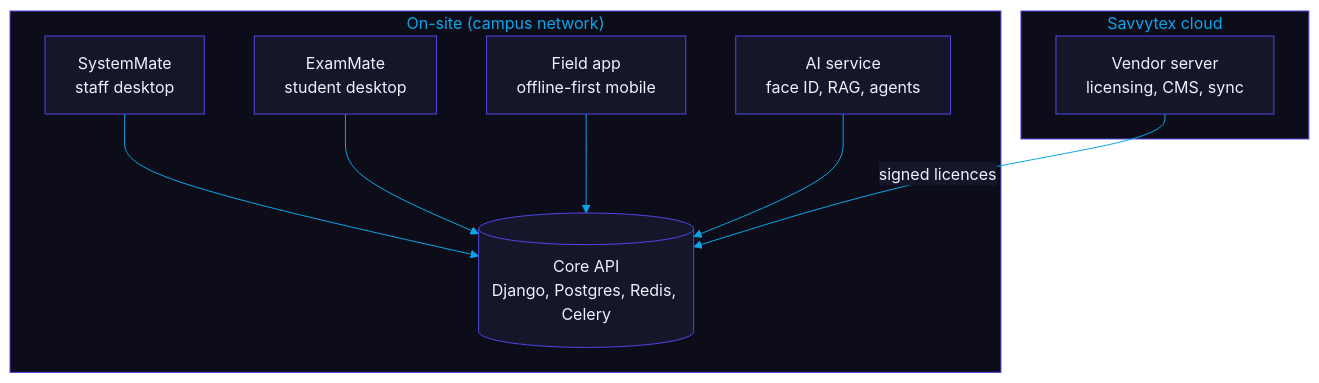
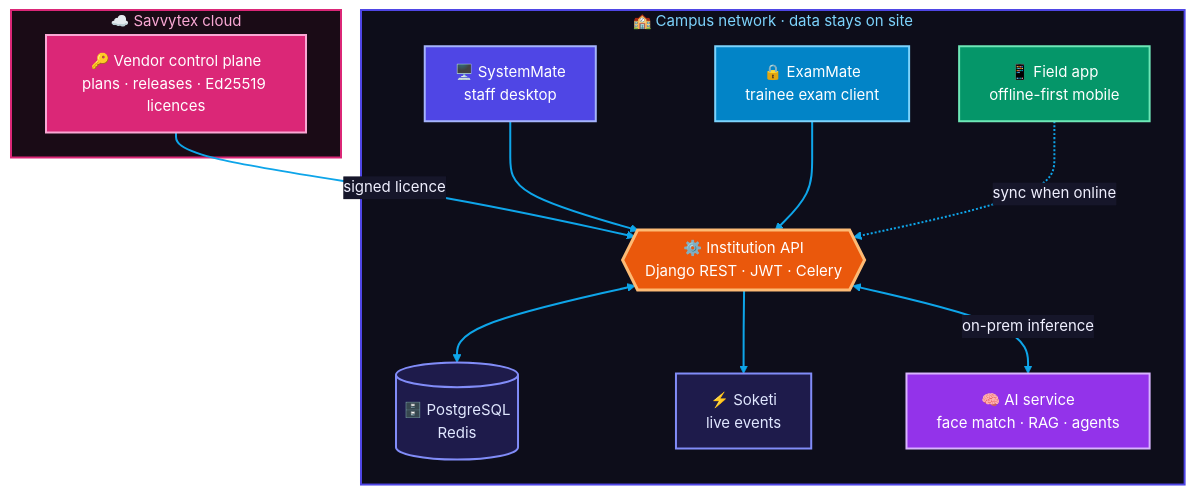
One commit to flowser/flowser changed the first of 4 diagrams in case-studies/aemms-platform.md. Above: the diagram before and after it, drawn with Mermaid. The commit also changed other lines of this file and 3 other files, not shown here.

Commit message:
Flagship AEMMS section, colour Mermaid diagrams, private work index, timeline

````diff
--- a/case-studies/aemms-platform.md
+++ b/case-studies/aemms-platform.md
@@ -30,19 +30,33 @@
 ```mermaid
-%%{init: {'theme':'base','themeVariables':{'primaryColor':'#16162a','primaryTextColor':'#f0f0ff','primaryBorderColor':'#4f46e5','lineColor':'#0ea5e9','secondaryColor':'#0d0d1a','tertiaryColor':'#12121f','clusterBkg':'#0d0d1a','clusterBorder':'#4f46e5','titleColor':'#0ea5e9','edgeLabelBackground':'#16162a'}}}%%
+%%{init: {'theme':'base','themeVariables':{'fontSize':'15px','primaryColor':'#16162a','primaryTextColor':'#f0f0ff','primaryBorderColor':'#4f46e5','lineColor':'#0ea5e9','clusterBkg':'#0d0d1a','clusterBorder':'#4f46e5','titleColor':'#0ea5e9','edgeLabelBackground':'#16162a'}}}%%
 flowchart TB
-  subgraph campus["On-site (campus network)"]
-    SM["SystemMate<br/>staff desktop"]
-    EM["ExamMate<br/>student desktop"]
-    PF["Field app<br/>offline-first mobile"]
-    AI["AI service<br/>face ID, RAG, agents"]
-    API[("Core API<br/>Django, Postgres, Redis, Celery")]
+  subgraph vendor["☁️ Savvytex cloud"]
+    VS["🔑 Vendor control plane<br/>plans · releases · Ed25519 licences"]:::cloud
   end
-  subgraph cloud["Savvytex cloud"]
-    STX["Vendor server<br/>licensing, CMS, sync"]
+  subgraph campus["🏫 Campus network · data stays on site"]
+    SM["🖥️ SystemMate<br/>staff desktop"]:::staff
+    EM["🔒 ExamMate<br/>trainee exam client"]:::trainee
+    PF["📱 Field app<br/>offline-first mobile"]:::field
+    API{{"⚙️ Institution API<br/>Django REST · JWT · Celery"}}:::core
+    DB[("🗄️ PostgreSQL<br/>Redis")]:::data
+    RT["⚡ Soketi<br/>live events"]:::data
+    AI["🧠 AI service<br/>face match · RAG · agents"]:::ai
   end
+  VS ==>|signed licence| API
   SM --> API
   EM --> API
-  PF --> API
-  AI --> API
-  STX -->|signed licences| API
+  PF -.->|sync when online| API
+  API <--> DB
+  API --> RT
+  API <-->|on-prem inference| AI
+  classDef staff fill:#4f46e5,stroke:#a5b4fc,stroke-width:2px,color:#ffffff
+  classDef trainee fill:#0284c7,stroke:#7dd3fc,stroke-width:2px,color:#ffffff
+  classDef field fill:#059669,stroke:#6ee7b7,stroke-width:2px,color:#ffffff
+  classDef ai fill:#9333ea,stroke:#d8b4fe,stroke-width:2px,color:#ffffff
+  classDef core fill:#ea580c,stroke:#fdba74,stroke-width:3px,color:#ffffff
+  classDef data fill:#1e1b4b,stroke:#818cf8,stroke-width:2px,color:#e0e7ff
+  classDef cloud fill:#db2777,stroke:#f9a8d4,stroke-width:2px,color:#ffffff
+  style vendor fill:#1a0b16,stroke:#db2777,stroke-width:2px,color:#f9a8d4
+  style campus fill:#0d0d1a,stroke:#4f46e5,stroke-width:2px,color:#7dd3fc
+  linkStyle default stroke:#0ea5e9,stroke-width:2px
 ```
````
